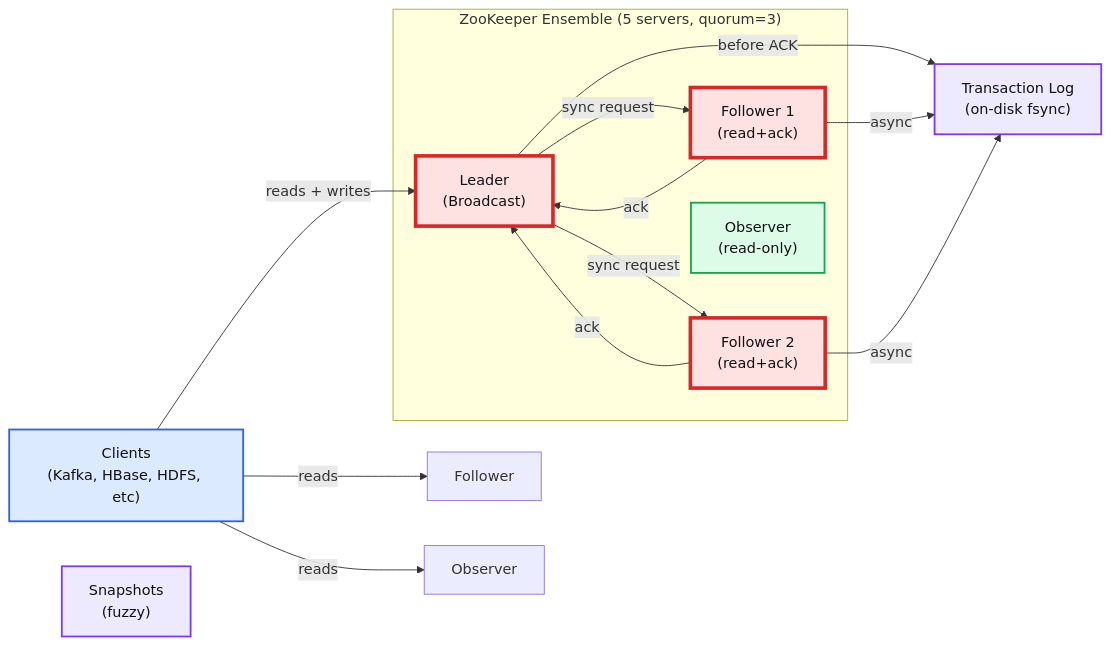
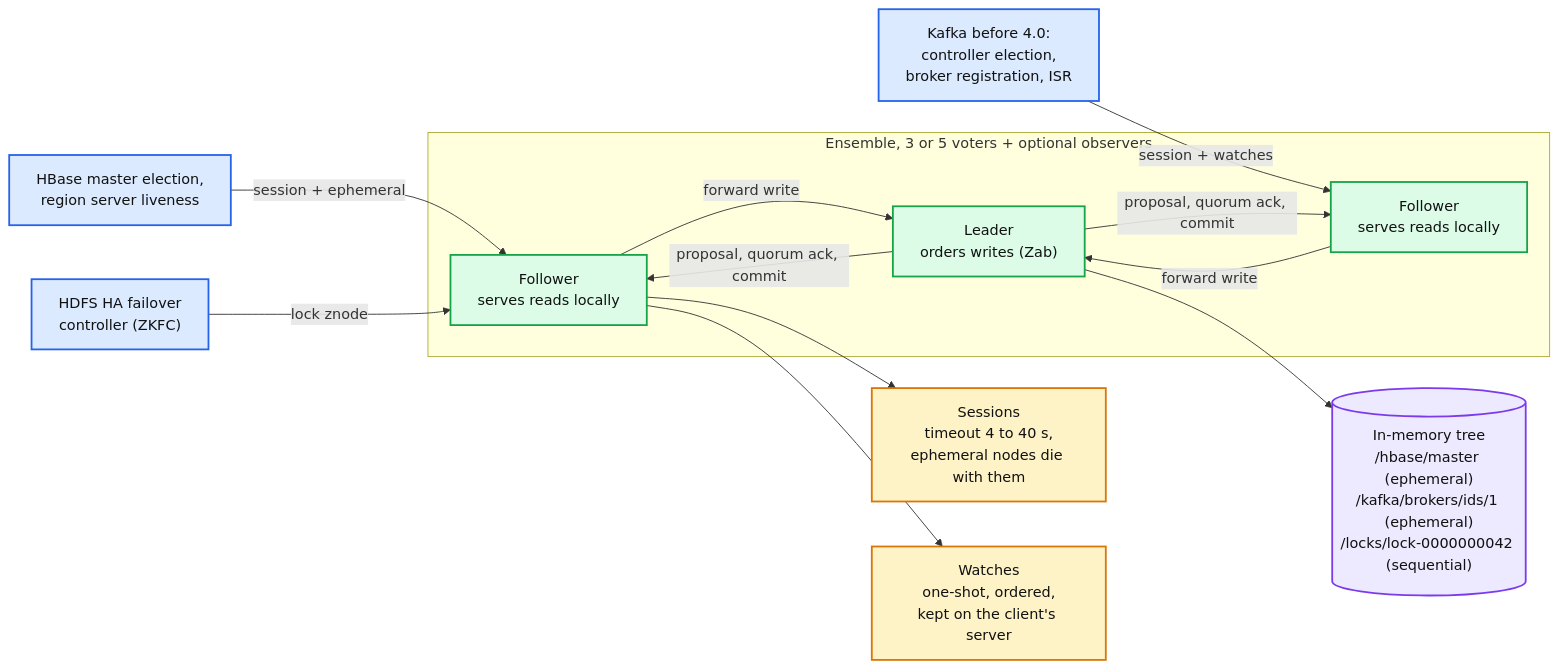
Before and after one commit to vicky22291/VinayPractise: the first of 12 diagrams in concepts/zookeeper.md, drawn with Mermaid. The commit also changed other lines of this file and 1 other file, not shown here.

Commit message:
Add ZooKeeper concept note with 12 diagrams, index it in hld/README

````diff
--- a/concepts/zookeeper.md
+++ b/concepts/zookeeper.md
@@ -6,36 +15,35 @@
 ```mermaid
-%% ZooKeeper ensemble architecture and data flow
+%% ZooKeeper in one picture: leader-ordered writes, local reads, sessions that own ephemeral nodes, one-shot watches
 flowchart LR
-    Client["Clients<br/>(Kafka, HBase, HDFS, etc)"]
-    
-    subgraph Ensemble["ZooKeeper Ensemble (5 servers, quorum=3)"]
-        Leader["Leader<br/>(Broadcast)"]
-        F1["Follower 1<br/>(read+ack)"]
-        F2["Follower 2<br/>(read+ack)"]
-        Obs["Observer<br/>(read-only)"]
+    HB["HBase master election,<br/>region server liveness"]
+    KF["Kafka before 4.0:<br/>controller election,<br/>broker registration, ISR"]
+    HD["HDFS HA failover<br/>controller (ZKFC)"]
+    subgraph ENS["Ensemble, 3 or 5 voters + optional observers"]
+        L["Leader<br/>orders writes (Zab)"]
+        F1["Follower<br/>serves reads locally"]
+        F2["Follower<br/>serves reads locally"]
     end
-    
-    TransLog["Transaction Log<br/>(on-disk fsync)"]
-    Snapshot["Snapshots<br/>(fuzzy)"]
-    
-    Client -->|reads + writes| Leader
-    Client -->|reads| Follower
-    Client -->|reads| Observer
-    Leader -->|sync request| F1
-    Leader -->|sync request| F2
-    F1 -->|ack| Leader
-    F2 -->|ack| Leader
-    Leader -->|before ACK| TransLog
-    F1 -->|async| TransLog
-    F2 -->|async| TransLog
-    
-    classDef client fill:#dbeafe,stroke:#2563eb,stroke-width:2px,color:#111
+    TREE[("In-memory tree<br/>/hbase/master (ephemeral)<br/>/kafka/brokers/ids/1 (ephemeral)<br/>/locks/lock-0000000042 (sequential)")]
+    SESS["Sessions<br/>timeout 4 to 40 s,<br/>ephemeral nodes die with them"]
+    WATCH["Watches<br/>one-shot, ordered,<br/>kept on the client's server"]
+
+    HB -->|"session + ephemeral"| F1
+    KF -->|"session + watches"| F2
+    HD -->|"lock znode"| F1
+    F1 -->|"forward write"| L
+    F2 -->|"forward write"| L
+    L -->|"proposal, quorum ack, commit"| F1
+    L -->|"proposal, quorum ack, commit"| F2
+    L --> TREE
+    F1 --> SESS
+    F1 --> WATCH
+
+    class HB,KF,HD client
+    class L,F1,F2 service
+    class TREE store
+    class SESS,WATCH cache
+    classDef client  fill:#dbeafe,stroke:#2563eb,stroke-width:2px,color:#111
     classDef service fill:#dcfce7,stroke:#16a34a,stroke-width:2px,color:#111
-    classDef store fill:#ede9fe,stroke:#7c3aed,stroke-width:2px,color:#111
-    classDef critical fill:#fee2e2,stroke:#dc2626,stroke-width:4px,color:#111
-    
-    class Client client
-    class Leader,F1,F2 critical
-    class Obs service
-    class TransLog,Snapshot store
+    classDef store   fill:#ede9fe,stroke:#7c3aed,stroke-width:2px,color:#111
+    classDef cache   fill:#fef3c7,stroke:#d97706,stroke-width:2px,color:#111
 ```
````
